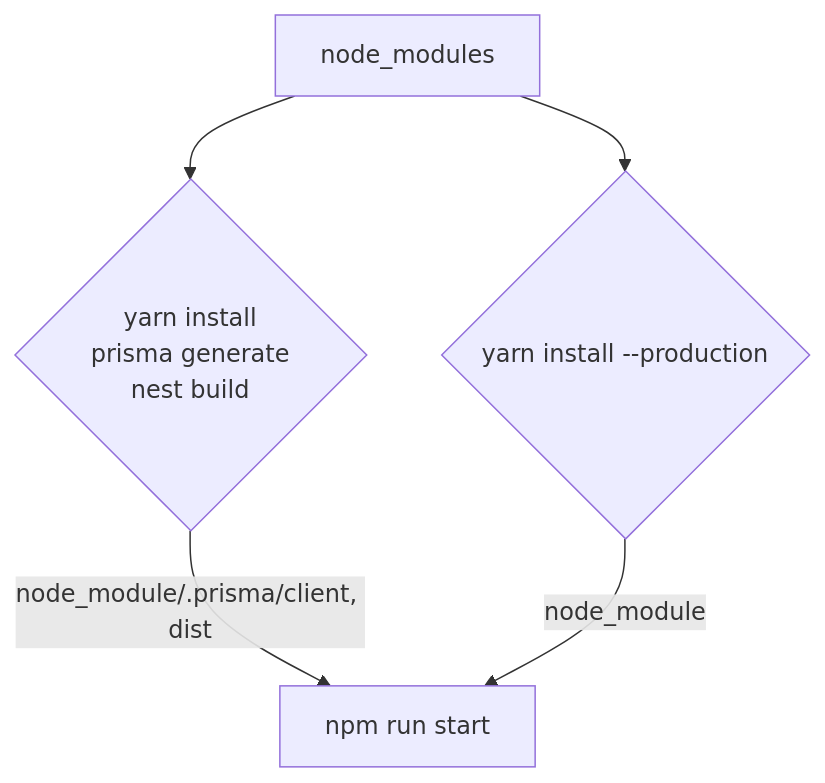
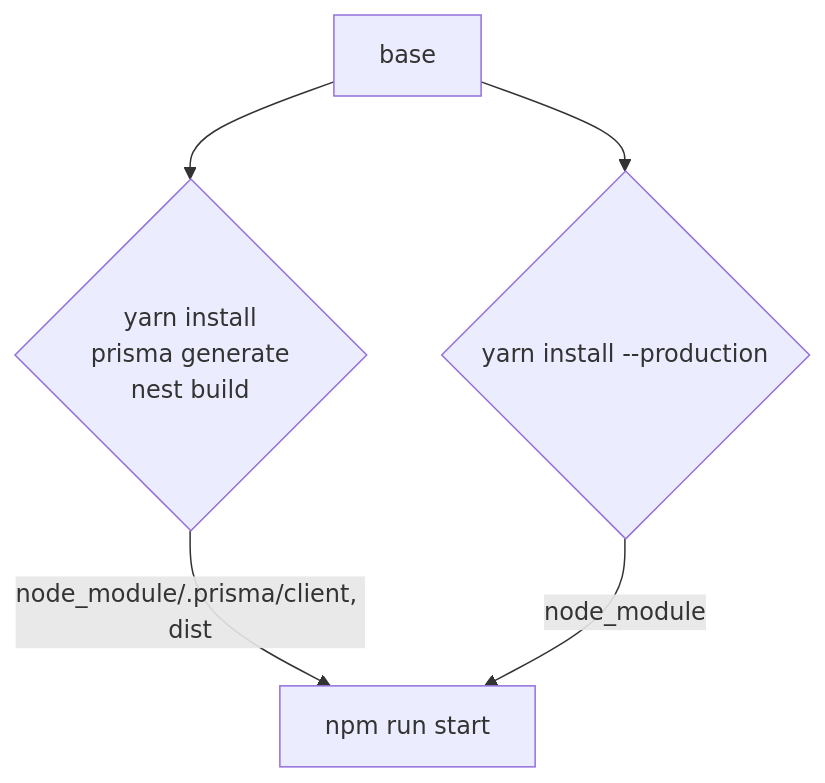
The third of 3 diagrams in _posts/2022-06-10-nestjs-prisma-dockerfile-optimize-zh.md (tuo/tuo.github.io), drawn with Mermaid before and after one commit.

Commit message:
committed

```diff
--- a/_posts/2022-06-10-nestjs-prisma-dockerfile-optimize-zh.md
+++ b/_posts/2022-06-10-nestjs-prisma-dockerfile-optimize-zh.md
@@ -545,7 +545,7 @@
 {% mermaid %}
 flowchart TD
-    A[node_modules] --> B{yarn install\nprisma generate\nnest build}
-    A[node_modules] --> C{yarn install --production}    
+    A[base] --> B{yarn install\nprisma generate\nnest build}
+    A[base] --> C{yarn install --production}    
     B --> |node_module/.prisma/client, dist|D{npm run start}    
     C --> |node_module|D[npm run start]
 {% endmermaid %}
```
